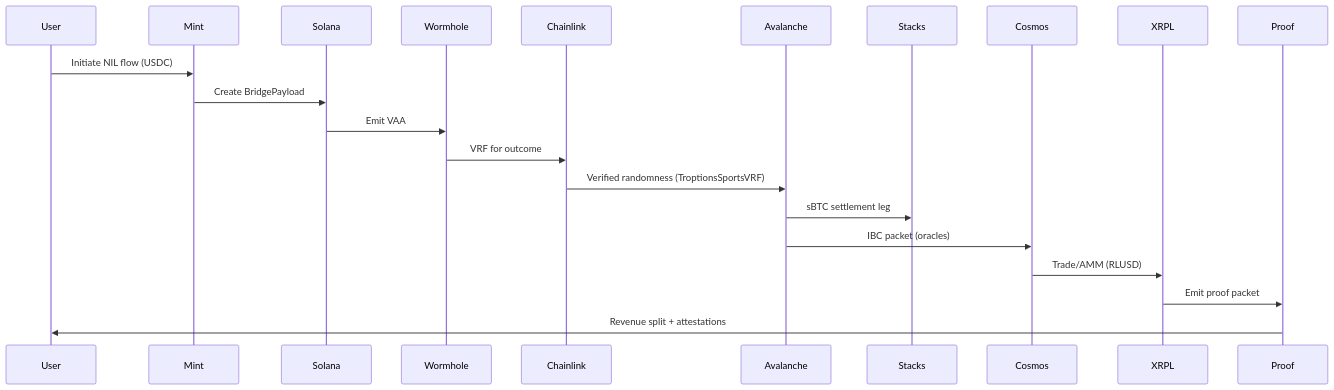
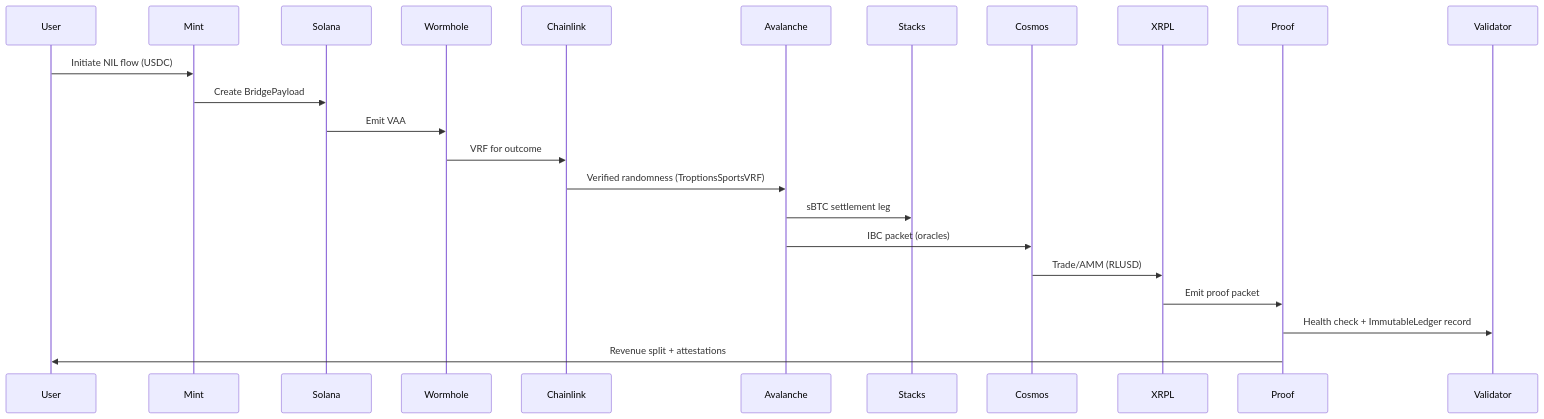
Before and after one commit to FTHTrading/troptions-rails: the second of 6 diagrams in README.md, drawn with Mermaid. The commit also changed other lines of this file, not shown here.

````diff
--- a/README.md
+++ b/README.md
@@ -143,24 +148,26 @@
 ```mermaid
 sequenceDiagram
     participant User
     participant Mint
     participant Solana
     participant Wormhole
     participant Chainlink
     participant Avalanche
     participant Stacks
     participant Cosmos
     participant XRPL
     participant Proof
+    participant Validator
 
     User->>Mint: Initiate NIL flow (USDC)
     Mint->>Solana: Create BridgePayload
     Solana->>Wormhole: Emit VAA
     Wormhole->>Chainlink: VRF for outcome
     Chainlink->>Avalanche: Verified randomness (TroptionsSportsVRF)
     Avalanche->>Stacks: sBTC settlement leg
     Avalanche->>Cosmos: IBC packet (oracles)
     Cosmos->>XRPL: Trade/AMM (RLUSD)
     XRPL->>Proof: Emit proof packet
+    Proof->>Validator: Health check + ImmutableLedger record
     Proof->>User: Revenue split + attestations
 ```
````
